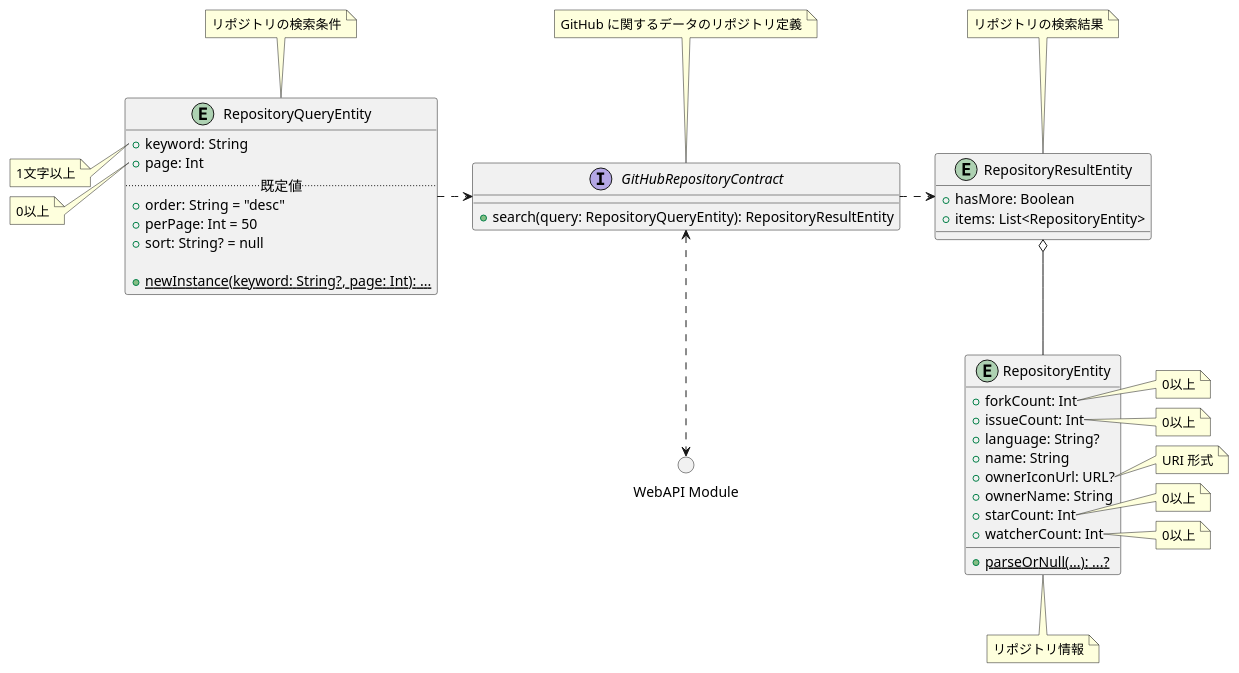
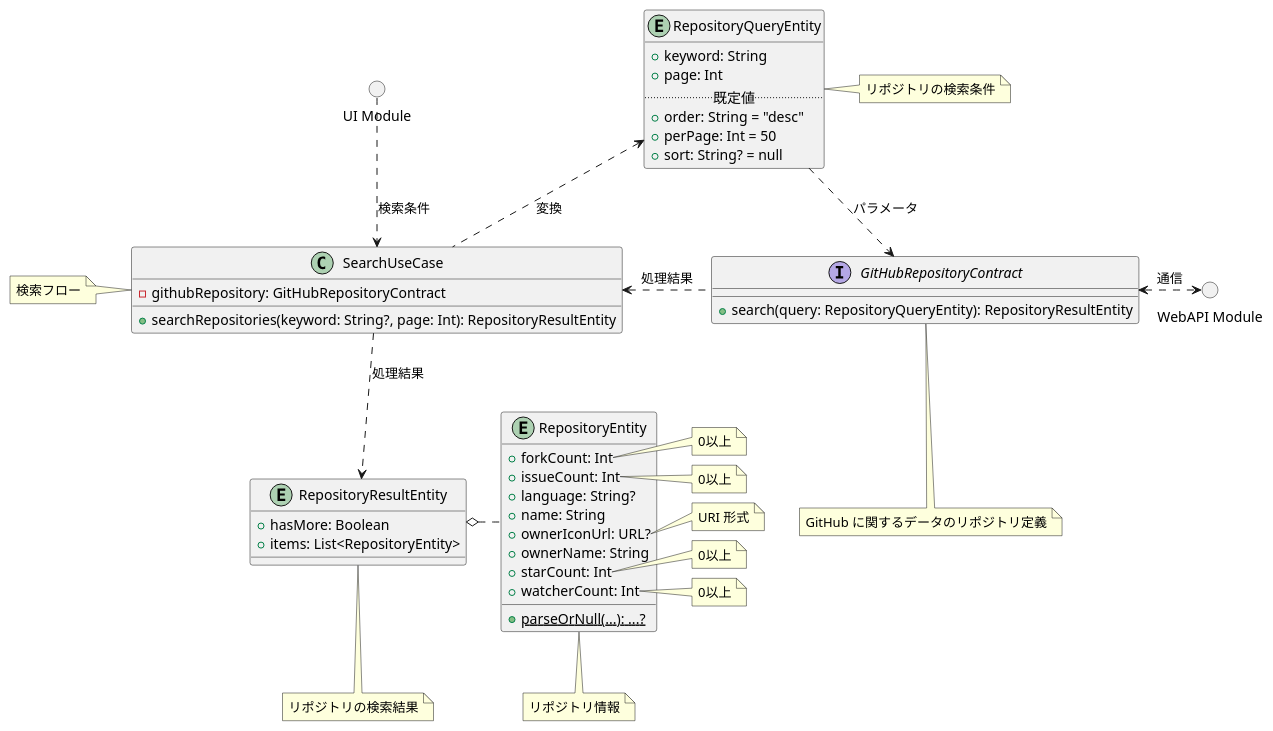
One commit to tshion/yumemi-inc_android-engineer-codecheck changed the diagram in docs/Classes.plantuml. Above: the diagram before and after it, drawn with PlantUML. The commit also changed 8 other files, not shown here.

```diff
--- a/docs/Classes.plantuml
+++ b/docs/Classes.plantuml
@@ -1,69 +1,75 @@
 @startuml
 
+circle "UI Module" as UI
+
 circle "WebAPI Module" as WebAPI
+
+class SearchUseCase {
+    -githubRepository: GitHubRepositoryContract
+    +searchRepositories(keyword: String?, page: Int): RepositoryResultEntity
+}
+note left of SearchUseCase : 検索フロー
 
 entity RepositoryEntity {
     +forkCount: Int
     +issueCount: Int
     +language: String?
     +name: String
     +ownerIconUrl: URL?
     +ownerName: String
     +starCount: Int
     +watcherCount: Int
 
     +{static} parseOrNull(...): ...?
 }
 note right of RepositoryEntity::forkCount
     0以上
 end note
 note right of RepositoryEntity::issueCount
     0以上
 end note
 note right of RepositoryEntity::ownerIconUrl
     URI 形式
 end note
 note right of RepositoryEntity::starCount
     0以上
 end note
 note right of RepositoryEntity::watcherCount
     0以上
 end note
 note bottom of RepositoryEntity : リポジトリ情報
 
 entity RepositoryQueryEntity {
     +keyword: String
     +page: Int
     .. 既定値 ..
     +order: String = "desc"
     +perPage: Int = 50
     +sort: String? = null
-
-    +{static} newInstance(keyword: String?, page: Int): ...
 }
-note left of RepositoryQueryEntity::keyword
-    1文字以上
-end note
-note left of RepositoryQueryEntity::page
-    0以上
-end note
-note top of RepositoryQueryEntity : リポジトリの検索条件
+note right of RepositoryQueryEntity : リポジトリの検索条件
 
 entity RepositoryResultEntity {
-    + hasMore: Boolean
-    + items: List<RepositoryEntity>
+    +hasMore: Boolean
+    +items: List<RepositoryEntity>
 }
-note top of RepositoryResultEntity : リポジトリの検索結果
+note bottom of RepositoryResultEntity : リポジトリの検索結果
 
 interface GitHubRepositoryContract {
     +search(query: RepositoryQueryEntity): RepositoryResultEntity
 }
-note top of GitHubRepositoryContract : GitHub に関するデータのリポジトリ定義
+note bottom of GitHubRepositoryContract : GitHub に関するデータのリポジトリ定義
 
 
-RepositoryQueryEntity .right.> GitHubRepositoryContract
-GitHubRepositoryContract <.down.> WebAPI
-GitHubRepositoryContract .right.> RepositoryResultEntity
-RepositoryResultEntity o-down- RepositoryEntity
+
+UI .down.> SearchUseCase : 検索条件
+
+SearchUseCase <.right. GitHubRepositoryContract : 処理結果
+GitHubRepositoryContract <.right.> WebAPI : 通信
+SearchUseCase .up.> RepositoryQueryEntity : 変換
+RepositoryQueryEntity .down.> GitHubRepositoryContract : パラメータ
+
+SearchUseCase .down.> RepositoryResultEntity : 処理結果
+RepositoryResultEntity o.right. RepositoryEntity
 
 @enduml
```
